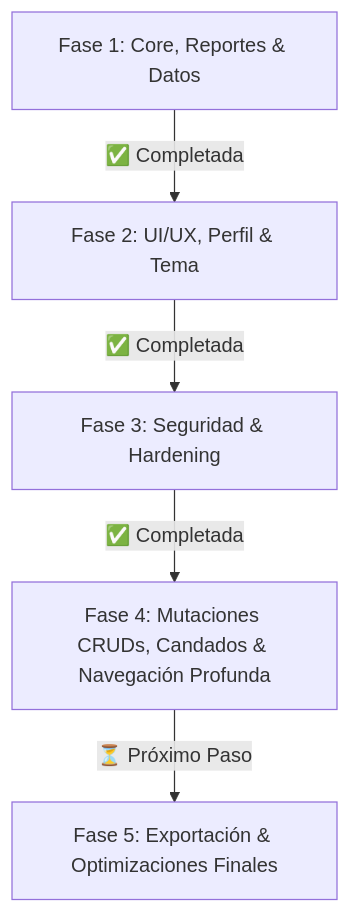
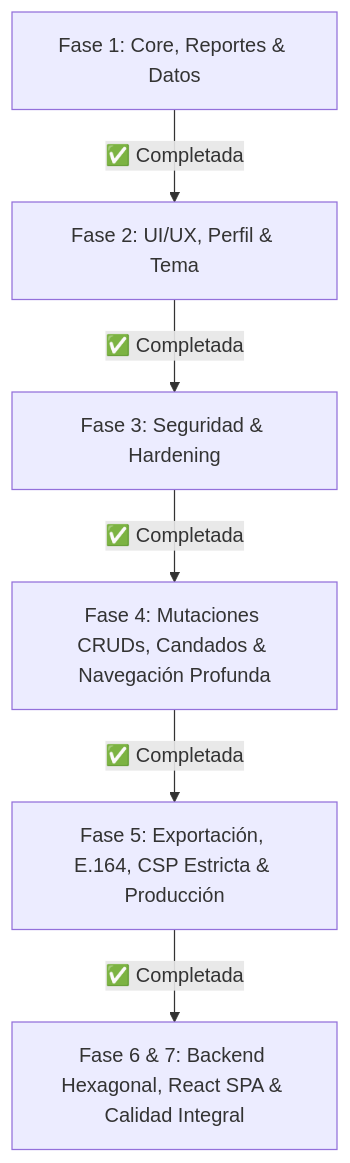
Before and after one commit to MauricioLS-022/Programa-servicio: the diagram in REQUERIMIENTOS.md, drawn with Mermaid. The commit also changed other lines of this file, not shown here.

````diff
--- a/REQUERIMIENTOS.md
+++ b/REQUERIMIENTOS.md
@@ -164,7 +164,8 @@
 ```mermaid
 graph TD
     A[Fase 1: Core, Reportes & Datos] -->|✅ Completada| B[Fase 2: UI/UX, Perfil & Tema]
     B -->|✅ Completada| C[Fase 3: Seguridad & Hardening]
     C -->|✅ Completada| D[Fase 4: Mutaciones CRUDs, Candados & Navegación Profunda]
-    D -->|⏳ Próximo Paso| E[Fase 5: Exportación & Optimizaciones Finales]
+    D -->|✅ Completada| E[Fase 5: Exportación, E.164, CSP Estricta & Producción]
+    E -->|✅ Completada| F[Fase 6 & 7: Backend Hexagonal, React SPA & Calidad Integral]
 ```
````
